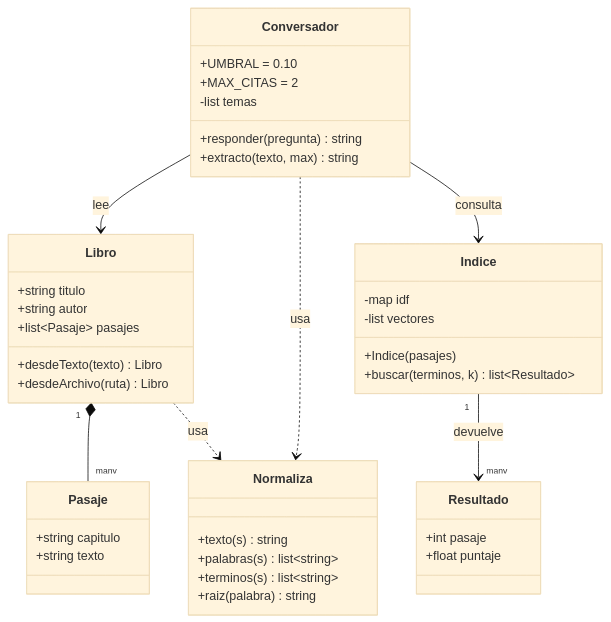
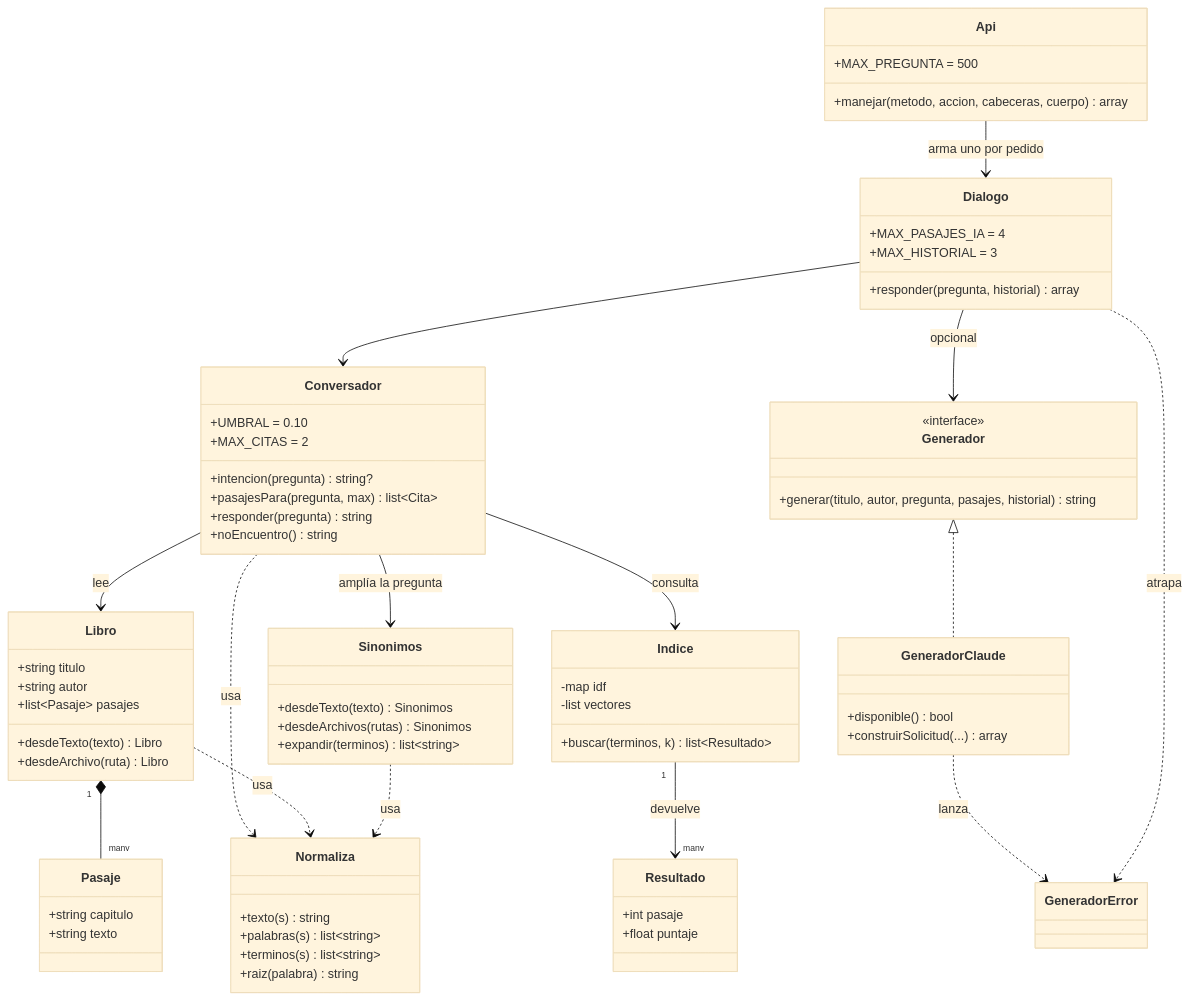
One commit to lol-protocol/php changed the diagram in chat-con-libros/docs/clases.mmd. Above: the diagram before and after it, drawn with Mermaid (base theme). The commit also changed 34 other files, not shown here.

First line of the commit message:
chat-con-libros: página web, sinónimos y modo opcional con IA (Claude)

```diff
--- a/chat-con-libros/docs/clases.mmd
+++ b/chat-con-libros/docs/clases.mmd
@@ -1,43 +1,74 @@
-%% Modelo de clases del núcleo (igual en PHP y en Java).
+%% Modelo de clases (PHP). Java tiene Normaliza, Sinonimos, Libro, Pasaje, Indice y Conversador.
 classDiagram
     class Libro {
         +string titulo
         +string autor
         +list~Pasaje~ pasajes
         +desdeTexto(texto) Libro
         +desdeArchivo(ruta) Libro
     }
     class Pasaje {
         +string capitulo
         +string texto
     }
     class Normaliza {
         +texto(s) string
         +palabras(s) list~string~
         +terminos(s) list~string~
         +raiz(palabra) string
     }
+    class Sinonimos {
+        +desdeTexto(texto) Sinonimos
+        +desdeArchivos(rutas) Sinonimos
+        +expandir(terminos) list~string~
+    }
     class Indice {
         -map idf
         -list vectores
-        +Indice(pasajes)
         +buscar(terminos, k) list~Resultado~
     }
     class Resultado {
         +int pasaje
         +float puntaje
     }
     class Conversador {
         +UMBRAL = 0.10
         +MAX_CITAS = 2
-        -list temas
+        +intencion(pregunta) string?
+        +pasajesPara(pregunta, max) list~Cita~
         +responder(pregunta) string
-        +extracto(texto, max) string
+        +noEncuentro() string
+    }
+    class Dialogo {
+        +MAX_PASAJES_IA = 4
+        +MAX_HISTORIAL = 3
+        +responder(pregunta, historial) array
+    }
+    class Generador {
+        <<interface>>
+        +generar(titulo, autor, pregunta, pasajes, historial) string
+    }
+    class GeneradorClaude {
+        +disponible() bool
+        +construirSolicitud(...) array
+    }
+    class GeneradorError
+    class Api {
+        +MAX_PREGUNTA = 500
+        +manejar(metodo, accion, cabeceras, cuerpo) array
     }
 
     Libro "1" *-- "many" Pasaje
     Conversador --> Libro : lee
     Conversador --> Indice : consulta
+    Conversador --> Sinonimos : amplía la pregunta
     Conversador ..> Normaliza : usa
     Libro ..> Normaliza : usa
+    Sinonimos ..> Normaliza : usa
     Indice "1" --> "many" Resultado : devuelve
+    Dialogo --> Conversador
+    Dialogo --> Generador : opcional
+    Generador <|.. GeneradorClaude
+    GeneradorClaude ..> GeneradorError : lanza
+    Dialogo ..> GeneradorError : atrapa
+    Api --> Dialogo : arma uno por pedido
```
